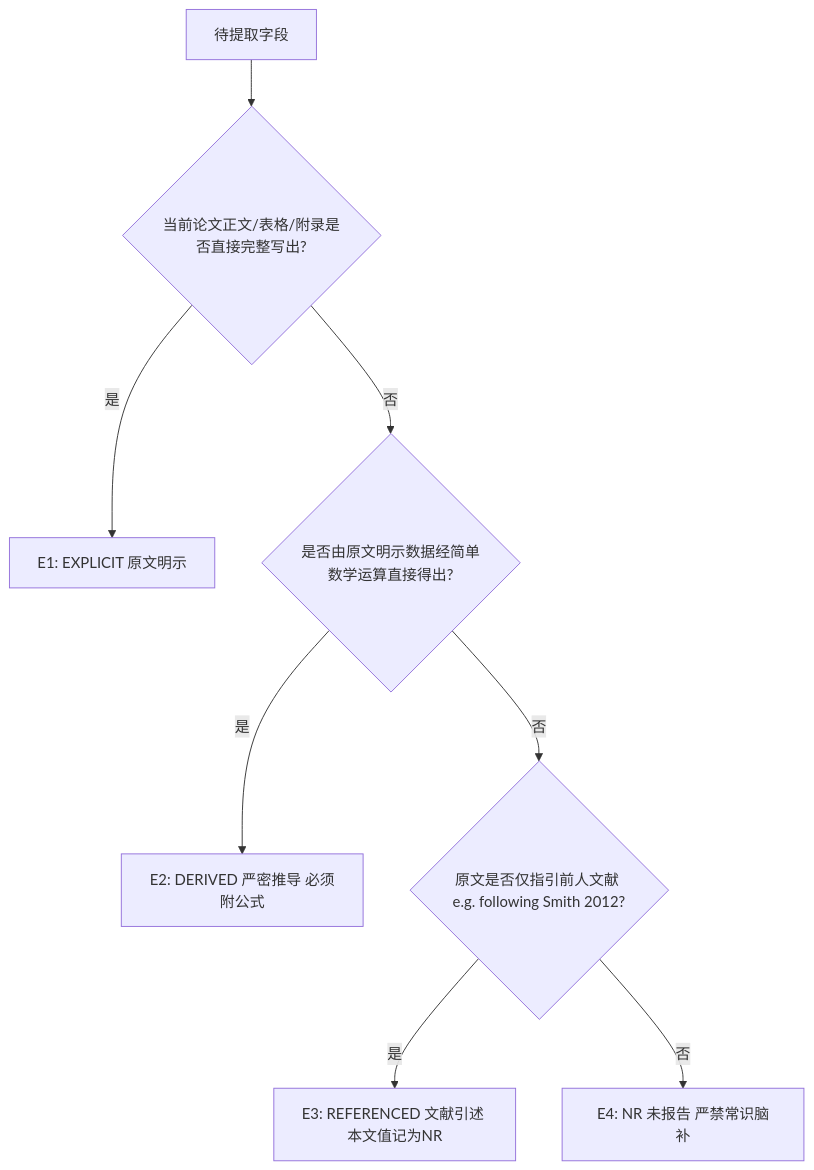
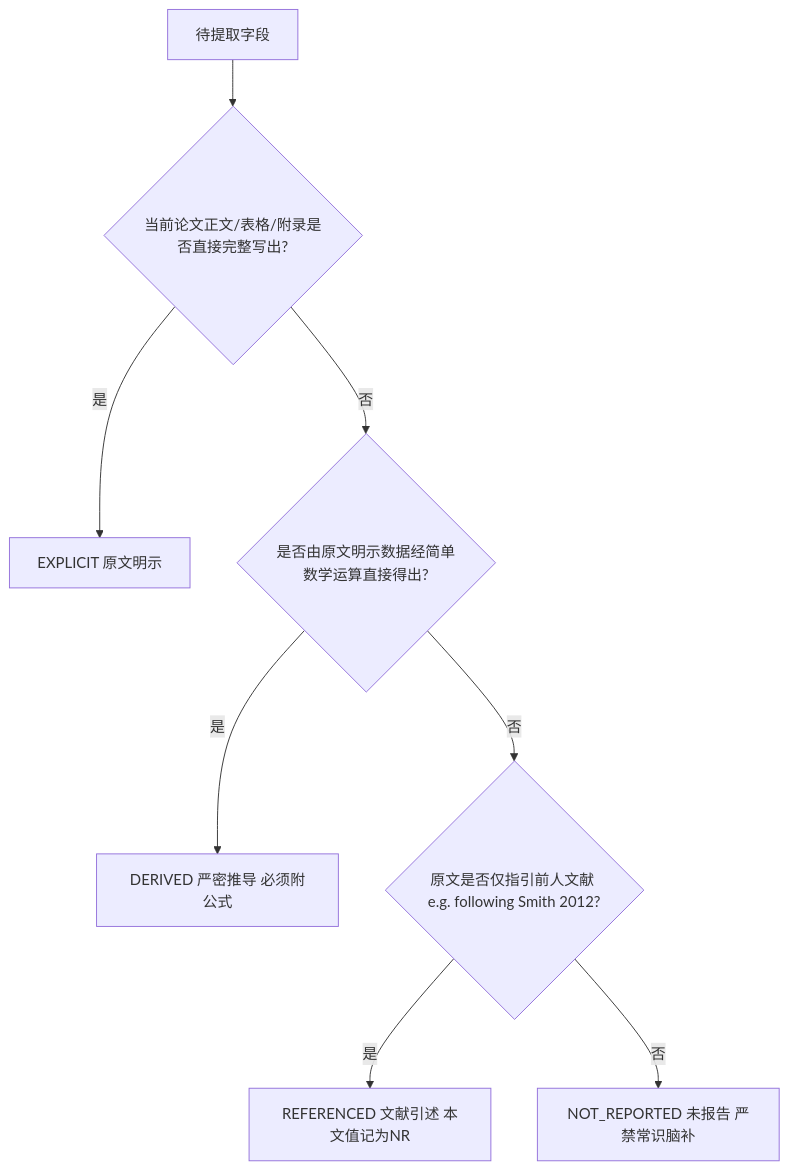
The diagram in skills/literature-evidence-extraction/references/evidence_levels_and_status.md (Daylily-Huang/ScholarFlow), drawn with Mermaid before and after one commit. The commit also changed other lines of this file and 20 other files, not shown here.

````diff
--- a/skills/literature-evidence-extraction/references/evidence_levels_and_status.md
+++ b/skills/literature-evidence-extraction/references/evidence_levels_and_status.md
@@ -18,10 +23,10 @@
 ```mermaid
 flowchart TD
     Start[待提取字段] --> Q1{当前论文正文/表格/附录是否直接完整写出?}
-    Q1 -- 是 --> E1[E1: EXPLICIT 原文明示]
+    Q1 -- 是 --> E1[EXPLICIT 原文明示]
     Q1 -- 否 --> Q2{是否由原文明示数据经简单数学运算直接得出?}
-    Q2 -- 是 --> E2[E2: DERIVED 严密推导 必须附公式]
+    Q2 -- 是 --> E2[DERIVED 严密推导 必须附公式]
     Q2 -- 否 --> Q3{原文是否仅指引前人文献 e.g. following Smith 2012?}
-    Q3 -- 是 --> E3[E3: REFERENCED 文献引述 本文值记为NR]
-    Q3 -- 否 --> E4[E4: NR 未报告 严禁常识脑补]
+    Q3 -- 是 --> E3[REFERENCED 文献引述 本文值记为NR]
+    Q3 -- 否 --> E4[NOT_REPORTED 未报告 严禁常识脑补]
 ```
````
